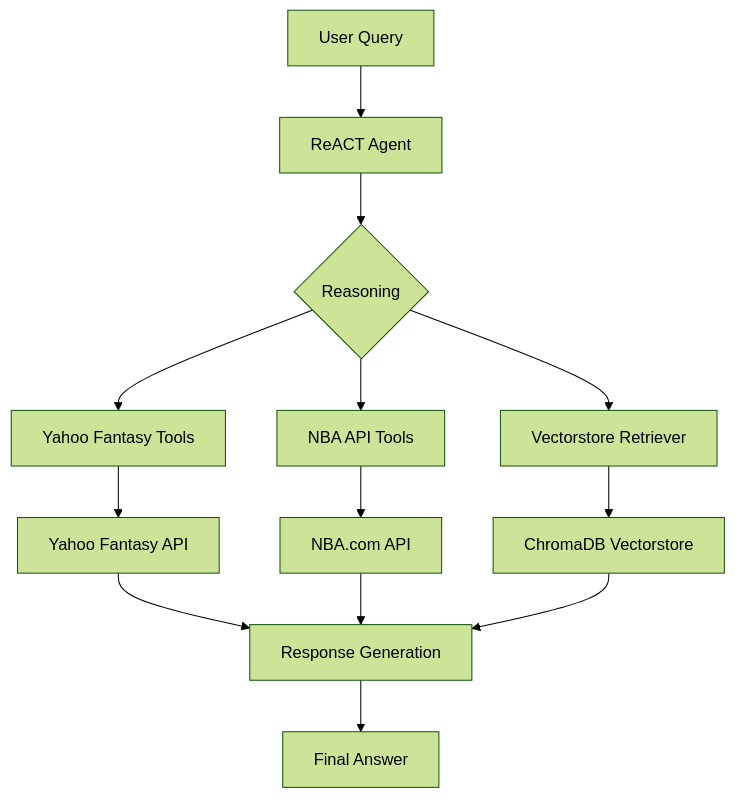
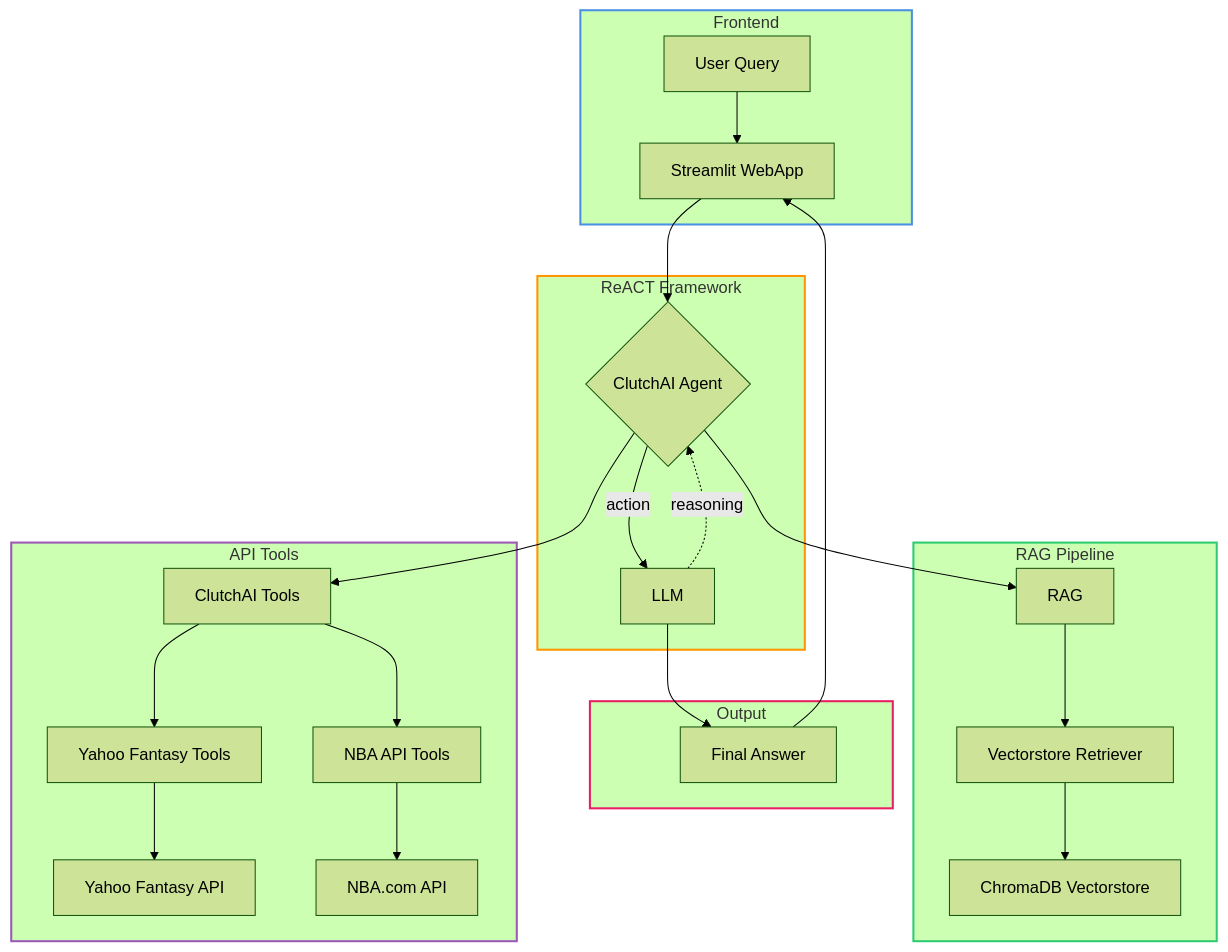
Before and after one commit to mk-chang/ClutchAI: the diagram in README.md, drawn with Mermaid (forest theme).

Commit message:
Update Architecture Graph

````diff
--- a/README.md
+++ b/README.md
@@ -80,15 +80,41 @@
 ```mermaid
-graph TD
-    A[User Query] --> B[ReACT Agent]
-    B --> C{Reasoning}
-    C --> D[Yahoo Fantasy Tools]
-    C --> E[NBA API Tools]
-    C --> F[Vectorstore Retriever]
-    D --> G[Yahoo Fantasy API]
-    E --> H[NBA.com API]
-    F --> I[ChromaDB Vectorstore]
-    G --> J[Response Generation]
-    H --> J
-    I --> J
-    J --> K[Final Answer]
+graph TB
+    subgraph Frontend["Frontend"]
+        A[User Query] --> B[Streamlit WebApp]
+    end
+    
+    subgraph Agent["ReACT Framework"]
+        C{ClutchAI Agent}
+        L[LLM]
+    end
+    
+    subgraph Output["Output"]
+        K[Final Answer]
+    end
+    
+    subgraph RAGPipeline["RAG Pipeline"]
+        RAG[RAG] --> F[Vectorstore Retriever]
+        F --> I[ChromaDB Vectorstore]
+    end
+    
+    subgraph APITools["API Tools"]
+        CT[ClutchAI Tools] --> D[Yahoo Fantasy Tools]
+        CT --> E[NBA API Tools]
+        D --> G[Yahoo Fantasy API]
+        E --> H[NBA.com API]
+    end
+    
+    B --> C
+    C --> RAG
+    C --> CT
+    C -->|action| L
+    L -.->|reasoning| C
+    L --> K
+    K --> B
+    
+    style Frontend stroke:#4A90E2,stroke-width:2px
+    style Agent stroke:#FF9500,stroke-width:2px
+    style RAGPipeline stroke:#2ECC71,stroke-width:2px
+    style APITools stroke:#9B59B6,stroke-width:2px
+    style Output stroke:#E91E63,stroke-width:2px
 ```
````
